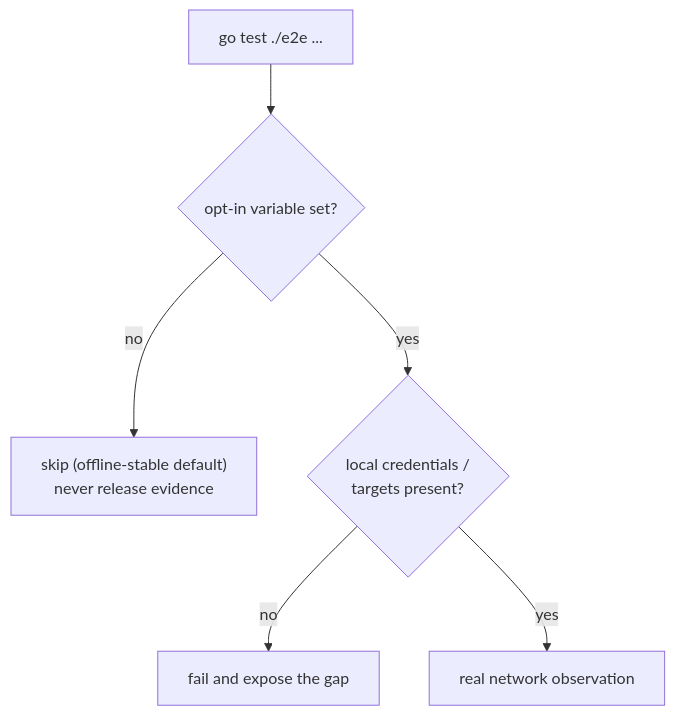
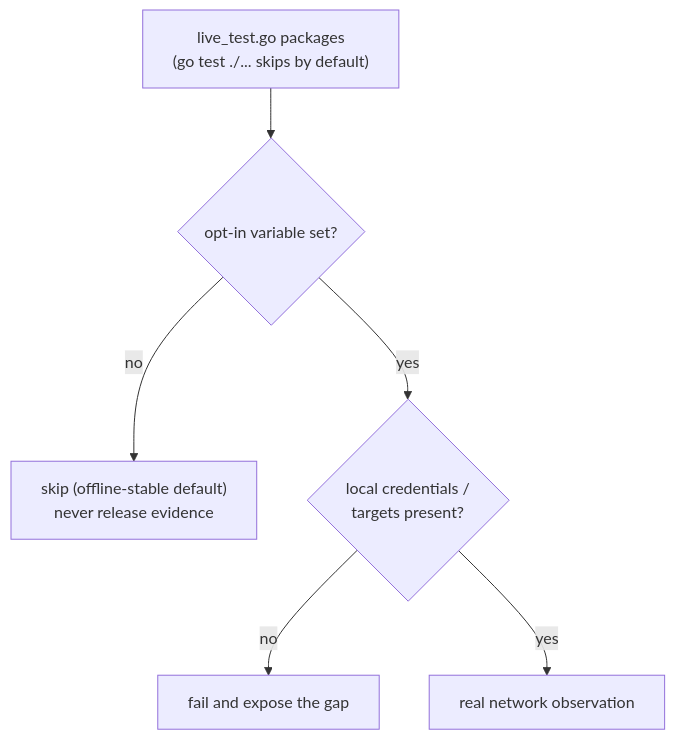
Before and after one commit to FlanChanXwO/pixiv-cli: the third of 4 diagrams in docs/en/maintainers/development.md, drawn with Mermaid. The commit also changed other lines of this file and 30 other files, not shown here.

````diff
--- a/docs/en/maintainers/development.md
+++ b/docs/en/maintainers/development.md
@@ -162,8 +162,8 @@
 ```mermaid
 flowchart TD
-    T["go test ./e2e ..."] --> F{"opt-in variable set?"}
+    T["live_test.go packages<br/>(go test ./... skips by default)"] --> F{"opt-in variable set?"}
     F -->|no| SK["skip (offline-stable default)<br/>never release evidence"]
     F -->|yes| P{"local credentials /<br/>targets present?"}
     P -->|no| FAIL["fail and expose the gap"]
     P -->|yes| RUN["real network observation"]
 ```
````
